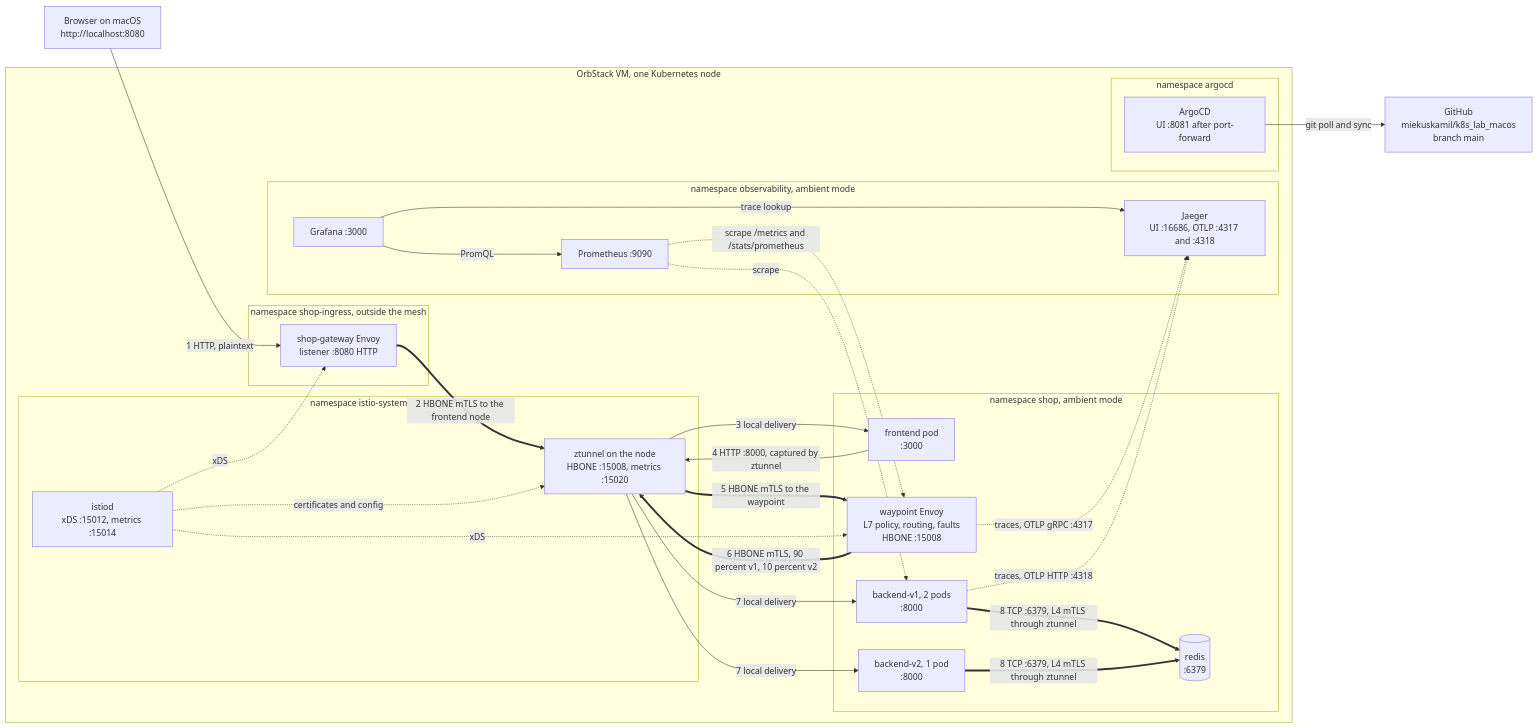
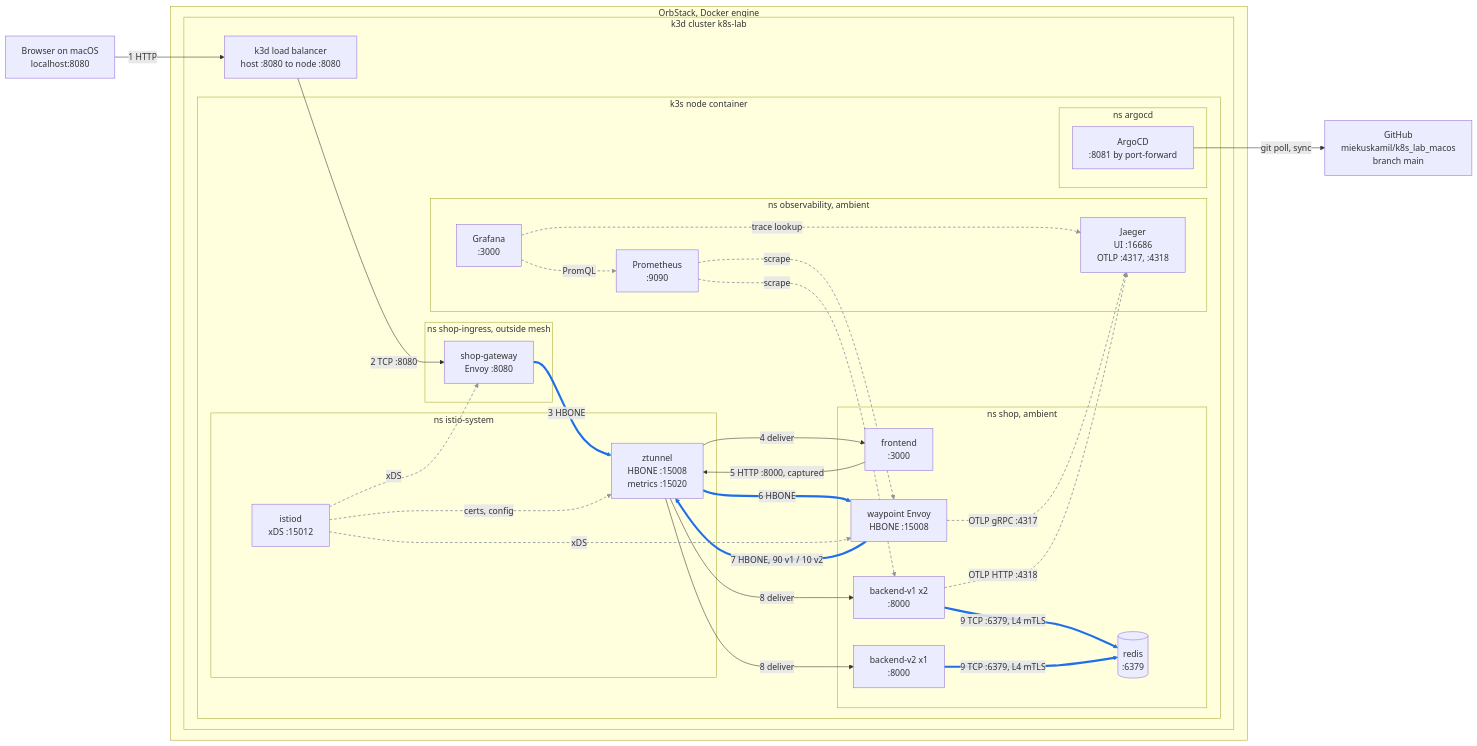
One commit to miekuskamil/k8s_lab_macos changed the first of 2 diagrams in architecture.md. Above: the diagram before and after it, drawn with Mermaid. The commit also changed other lines of this file and 5 other files, not shown here.

First line of the commit message:
Redraw diagrams for k3d on OrbStack and add SVG and Excalidraw copies

````diff
--- a/architecture.md
+++ b/architecture.md
@@ -98,57 +98,67 @@
 ```mermaid
 flowchart LR
-  browser["Browser on macOS<br/>http://localhost:8080"]
+  browser["Browser on macOS<br/>localhost:8080"]
 
-  subgraph orb["OrbStack VM, one Kubernetes node"]
-    subgraph ingress["namespace shop-ingress, outside the mesh"]
-      gw["shop-gateway Envoy<br/>listener :8080 HTTP"]
-    end
+  subgraph orb["OrbStack, Docker engine"]
+    subgraph k3d["k3d cluster k8s-lab"]
+      lb["k3d load balancer<br/>host :8080 to node :8080"]
 
-    subgraph shop["namespace shop, ambient mode"]
-      fe["frontend pod<br/>:3000"]
-      wp["waypoint Envoy<br/>L7 policy, routing, faults<br/>HBONE :15008"]
-      b1["backend-v1, 2 pods<br/>:8000"]
-      b2["backend-v2, 1 pod<br/>:8000"]
-      redis[("redis<br/>:6379")]
-    end
+      subgraph node["k3s node container"]
+        subgraph ingress["ns shop-ingress, outside mesh"]
+          gw["shop-gateway<br/>Envoy :8080"]
+        end
 
-    subgraph sys["namespace istio-system"]
-      zt["ztunnel on the node<br/>HBONE :15008, metrics :15020"]
-      istiod["istiod<br/>xDS :15012, metrics :15014"]
-    end
+        subgraph shop["ns shop, ambient"]
+          fe["frontend<br/>:3000"]
+          wp["waypoint Envoy<br/>HBONE :15008"]
+          b1["backend-v1 x2<br/>:8000"]
+          b2["backend-v2 x1<br/>:8000"]
+          redis[("redis<br/>:6379")]
+        end
 
-    subgraph obs["namespace observability, ambient mode"]
-      prom["Prometheus :9090"]
-      graf["Grafana :3000"]
-      jaeger["Jaeger<br/>UI :16686, OTLP :4317 and :4318"]
-    end
+        subgraph sys["ns istio-system"]
+          zt["ztunnel<br/>HBONE :15008<br/>metrics :15020"]
+          istiod["istiod<br/>xDS :15012"]
+        end
 
-    subgraph gitops["namespace argocd"]
-      argo["ArgoCD<br/>UI :8081 after port-forward"]
+        subgraph obs["ns observability, ambient"]
+          prom["Prometheus<br/>:9090"]
+          graf["Grafana<br/>:3000"]
+          jaeger["Jaeger<br/>UI :16686<br/>OTLP :4317, :4318"]
+        end
+
+        subgraph gitops["ns argocd"]
+          argo["ArgoCD<br/>:8081 by port-forward"]
+        end
+      end
     end
   end
 
   github["GitHub<br/>miekuskamil/k8s_lab_macos<br/>branch main"]
 
-  browser -->|"1 HTTP, plaintext"| gw
-  gw ==>|"2 HBONE mTLS to the frontend node"| zt
-  zt -->|"3 local delivery"| fe
-  fe -->|"4 HTTP :8000, captured by ztunnel"| zt
-  zt ==>|"5 HBONE mTLS to the waypoint"| wp
-  wp ==>|"6 HBONE mTLS, 90 percent v1, 10 percent v2"| zt
-  zt -->|"7 local delivery"| b1
-  zt -->|"7 local delivery"| b2
-  b1 ==>|"8 TCP :6379, L4 mTLS through ztunnel"| redis
-  b2 ==>|"8 TCP :6379, L4 mTLS through ztunnel"| redis
+  browser -->|"1 HTTP"| lb
+  lb -->|"2 TCP :8080"| gw
+  gw ==>|"3 HBONE"| zt
+  zt -->|"4 deliver"| fe
+  fe -->|"5 HTTP :8000, captured"| zt
+  zt ==>|"6 HBONE"| wp
+  wp ==>|"7 HBONE, 90 v1 / 10 v2"| zt
+  zt -->|"8 deliver"| b1
+  zt -->|"8 deliver"| b2
+  b1 ==>|"9 TCP :6379, L4 mTLS"| redis
+  b2 ==>|"9 TCP :6379, L4 mTLS"| redis
 
-  istiod -.->|"certificates and config"| zt
+  istiod -.->|"certs, config"| zt
   istiod -.->|"xDS"| wp
   istiod -.->|"xDS"| gw
-  wp -.->|"traces, OTLP gRPC :4317"| jaeger
-  b1 -.->|"traces, OTLP HTTP :4318"| jaeger
-  prom -.->|"scrape /metrics and /stats/prometheus"| wp
+  wp -.->|"OTLP gRPC :4317"| jaeger
+  b1 -.->|"OTLP HTTP :4318"| jaeger
+  prom -.->|"scrape"| wp
   prom -.->|"scrape"| b1
-  graf -->|"PromQL"| prom
-  graf -->|"trace lookup"| jaeger
-  argo -->|"git poll and sync"| github
+  graf -.->|"PromQL"| prom
+  graf -.->|"trace lookup"| jaeger
+  argo -->|"git poll, sync"| github
+
+  linkStyle 2,5,6,9,10 stroke:#1f6feb,stroke-width:4px
+  linkStyle 11,12,13,14,15,16,17,18,19 stroke:#8b949e,stroke-width:1.5px,stroke-dasharray:5 4
 ```
````
